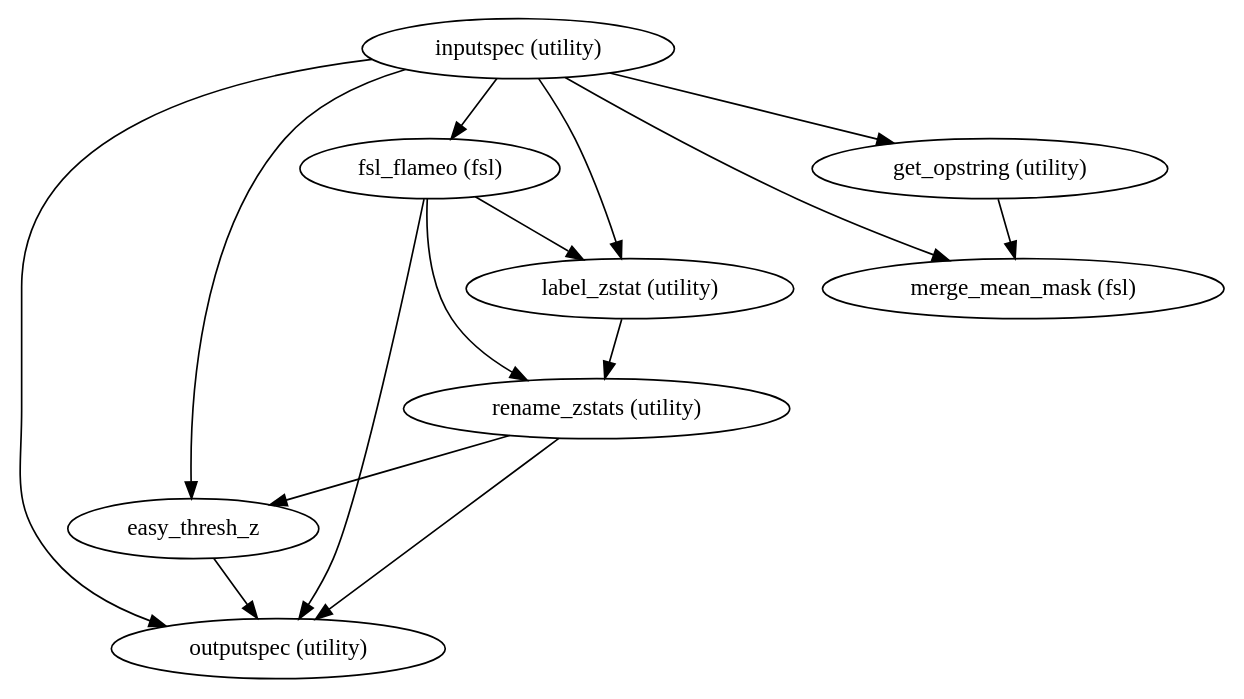
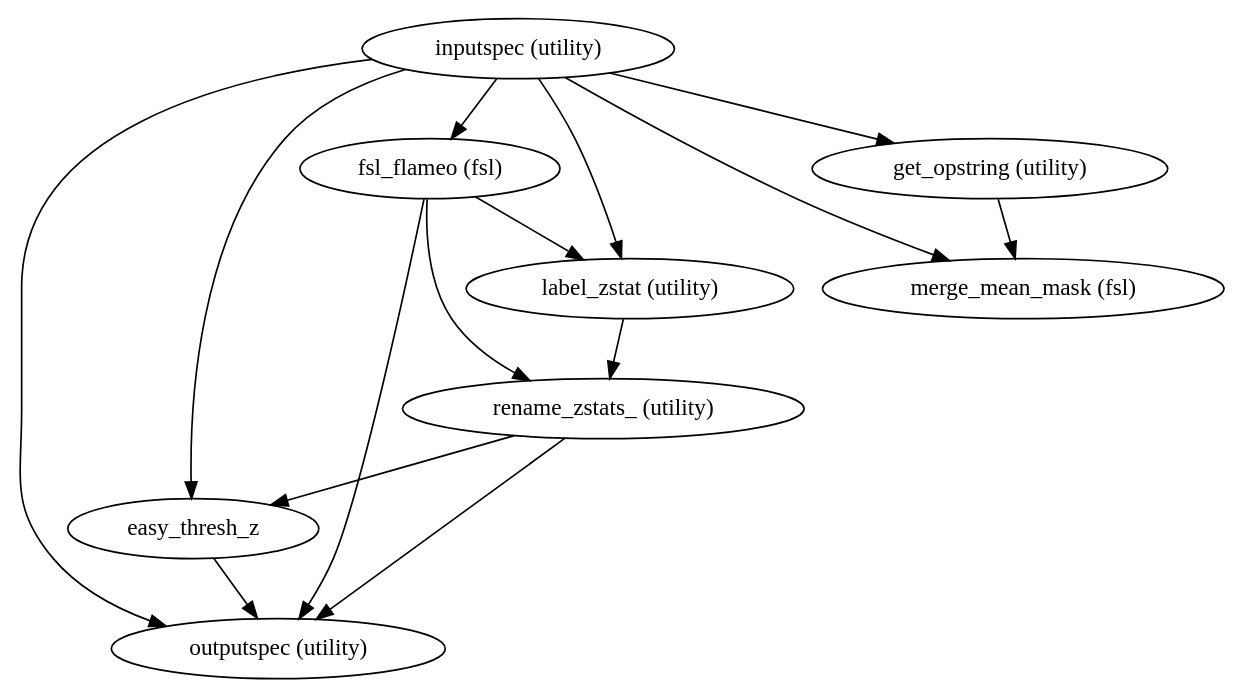
One commit to FCP-INDI/fcp-indi.github.io changed the diagram in docs/nightly/developer/workflows/images/generated/group_analysis.dot. Above: the diagram before and after it, drawn with Graphviz. The commit also changed 60 other files, not shown here.

```diff
--- a/docs/nightly/developer/workflows/images/generated/group_analysis.dot
+++ b/docs/nightly/developer/workflows/images/generated/group_analysis.dot
@@ -1,24 +1,24 @@
 strict digraph  {
 "inputspec (utility)";
 "fsl_flameo (fsl)";
 "label_zstat (utility)";
 easy_thresh_z;
 "get_opstring (utility)";
 "merge_mean_mask (fsl)";
 "outputspec (utility)";
-"rename_zstats (utility)";
+"rename_zstats_ (utility)";
 "inputspec (utility)" -> "fsl_flameo (fsl)";
 "inputspec (utility)" -> "label_zstat (utility)";
 "inputspec (utility)" -> easy_thresh_z;
 "inputspec (utility)" -> "get_opstring (utility)";
 "inputspec (utility)" -> "merge_mean_mask (fsl)";
 "inputspec (utility)" -> "outputspec (utility)";
 "fsl_flameo (fsl)" -> "label_zstat (utility)";
-"fsl_flameo (fsl)" -> "rename_zstats (utility)";
+"fsl_flameo (fsl)" -> "rename_zstats_ (utility)";
 "fsl_flameo (fsl)" -> "outputspec (utility)";
-"label_zstat (utility)" -> "rename_zstats (utility)";
+"label_zstat (utility)" -> "rename_zstats_ (utility)";
 easy_thresh_z -> "outputspec (utility)";
 "get_opstring (utility)" -> "merge_mean_mask (fsl)";
-"rename_zstats (utility)" -> easy_thresh_z;
-"rename_zstats (utility)" -> "outputspec (utility)";
+"rename_zstats_ (utility)" -> easy_thresh_z;
+"rename_zstats_ (utility)" -> "outputspec (utility)";
 }
```
